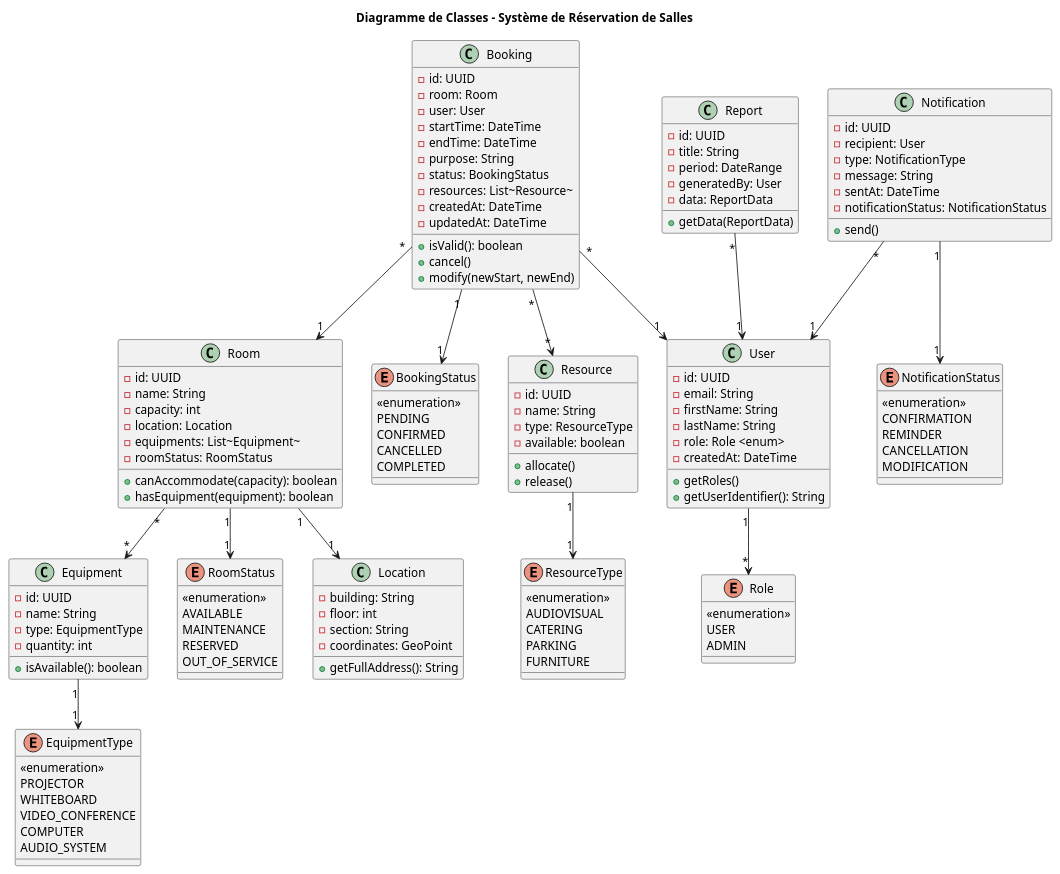
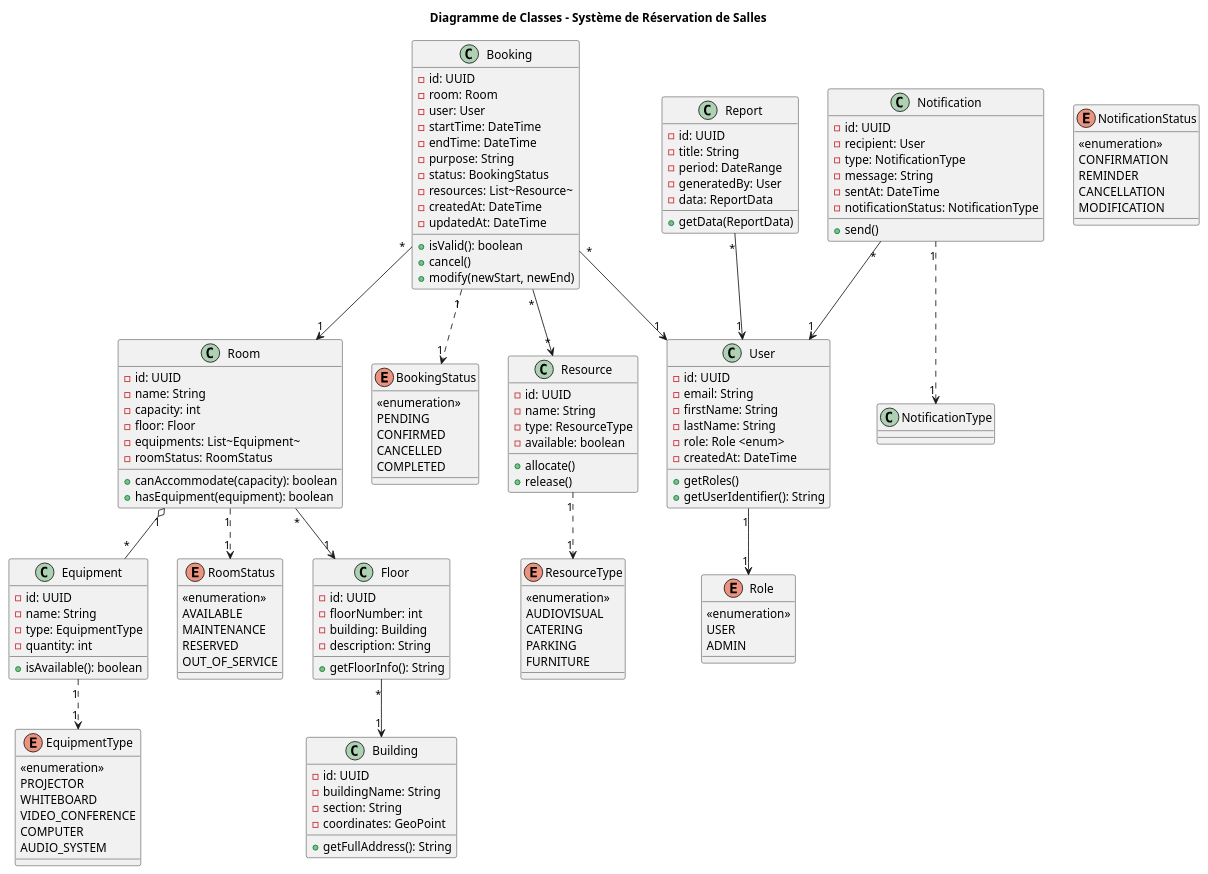
One commit to mahracha02/ReserveRoom changed the diagram in UML/classDiagram.puml. Above: the diagram before and after it, drawn with PlantUML. The commit also changed 15 other files, not shown here.

```diff
--- a/UML/classDiagram.puml
+++ b/UML/classDiagram.puml
@@ -1,151 +1,161 @@
 @startuml ClassDiagram
 title Diagramme de Classes - Système de Réservation de Salles
 
 
 
 class User {
         -id: UUID
         -email: String
         -firstName: String
         -lastName: String
         -role: Role <enum>
         -createdAt: DateTime
         +getRoles()
         +getUserIdentifier(): String
     }
     
     enum Role {
         <<enumeration>>
         USER
         ADMIN
 }
     
     
     class Room {
         -id: UUID
         -name: String
         -capacity: int
-        -location: Location
+        -floor: Floor
         -equipments: List~Equipment~
         -roomStatus: RoomStatus
         +canAccommodate(capacity): boolean
         +hasEquipment(equipment): boolean
     }
     
-    class Location {
-        -building: String
-        -floor: int
+    class Building {
+        -id: UUID
+        -buildingName: String
         -section: String
         -coordinates: GeoPoint
         +getFullAddress(): String
+    }
+
+    class Floor {
+        -id: UUID
+        -floorNumber: int
+        -building: Building
+        -description: String
+        +getFloorInfo(): String
     }
     
     class Equipment {
         -id: UUID
         -name: String
         -type: EquipmentType
         -quantity: int
         +isAvailable(): boolean
     }
     
     enum EquipmentType {
         <<enumeration>>
         PROJECTOR
         WHITEBOARD
         VIDEO_CONFERENCE
         COMPUTER
         AUDIO_SYSTEM
     }
     
     class Booking {
         -id: UUID
         -room: Room
         -user: User
         -startTime: DateTime
         -endTime: DateTime
         -purpose: String
         -status: BookingStatus
         -resources: List~Resource~
         -createdAt: DateTime
         -updatedAt: DateTime
         +isValid(): boolean
         +cancel()
         +modify(newStart, newEnd)
+        
     }
     
     enum BookingStatus {
         <<enumeration>>
         PENDING
         CONFIRMED
         CANCELLED
         COMPLETED
     }
     
     enum RoomStatus {
         <<enumeration>>
         AVAILABLE
         MAINTENANCE
         RESERVED
         OUT_OF_SERVICE
     }
     
     class Resource {
         -id: UUID
         -name: String
         -type: ResourceType
         -available: boolean
         +allocate()
         +release()
     }
     
     enum ResourceType {
         <<enumeration>>
         AUDIOVISUAL
         CATERING
         PARKING
         FURNITURE
     }
     
     class Notification {
         -id: UUID
         -recipient: User
         -type: NotificationType
         -message: String
         -sentAt: DateTime
-        -notificationStatus: NotificationStatus
+        -notificationStatus: NotificationType
         +send()
     }
     
     enum NotificationStatus {
         <<enumeration>>
         CONFIRMATION
         REMINDER
         CANCELLATION
         MODIFICATION
     }
     
     class Report {
         -id: UUID
         -title: String
         -period: DateRange
         -generatedBy: User
         -data: ReportData
         +getData(ReportData)
         
     }
     
-    User "1" --> "*" Role 
-    Room "1" --> "1" Location
-    Room "*" --> "*" Equipment
-    Room "1" --> "1" RoomStatus
-    Equipment "1" --> "1" EquipmentType
+    User "1" --> "1" Role 
+  Room "*" --> "1" Floor
+Floor "*" --> "1" Building
+    Room "1" o-- "*" Equipment
+    Room "1" ..> "1" RoomStatus
+    Equipment "1" ..> "1" EquipmentType
     Booking "*" --> "1" Room
     Booking "*" --> "1" User
-    Booking "1" --> "1" BookingStatus
+    Booking "1" ..> "1" BookingStatus
     Booking "*" --> "*" Resource
-    Resource "1" --> "1" ResourceType
+    Resource "1" ..> "1" ResourceType
     Notification "*" --> "1" User
-    Notification "1" --> "1" NotificationStatus
+    Notification "1" ..> "1" NotificationType
     Report "*" --> "1" User
 
 @enduml
```
